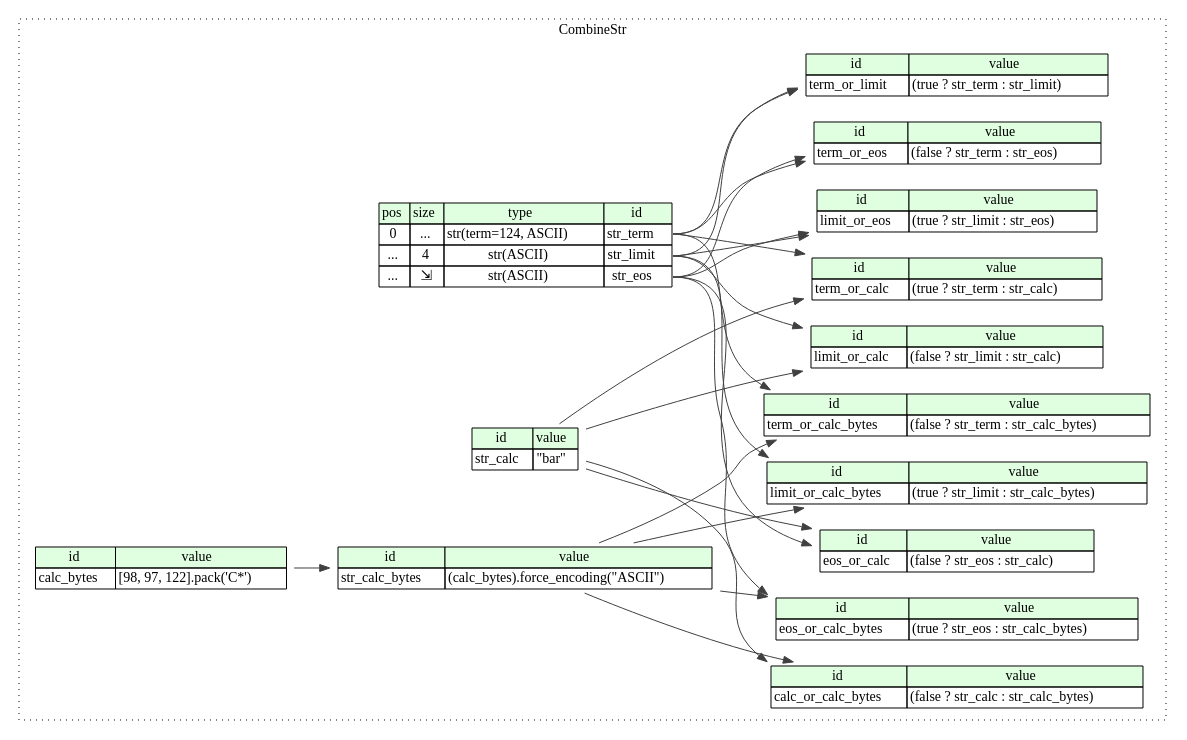
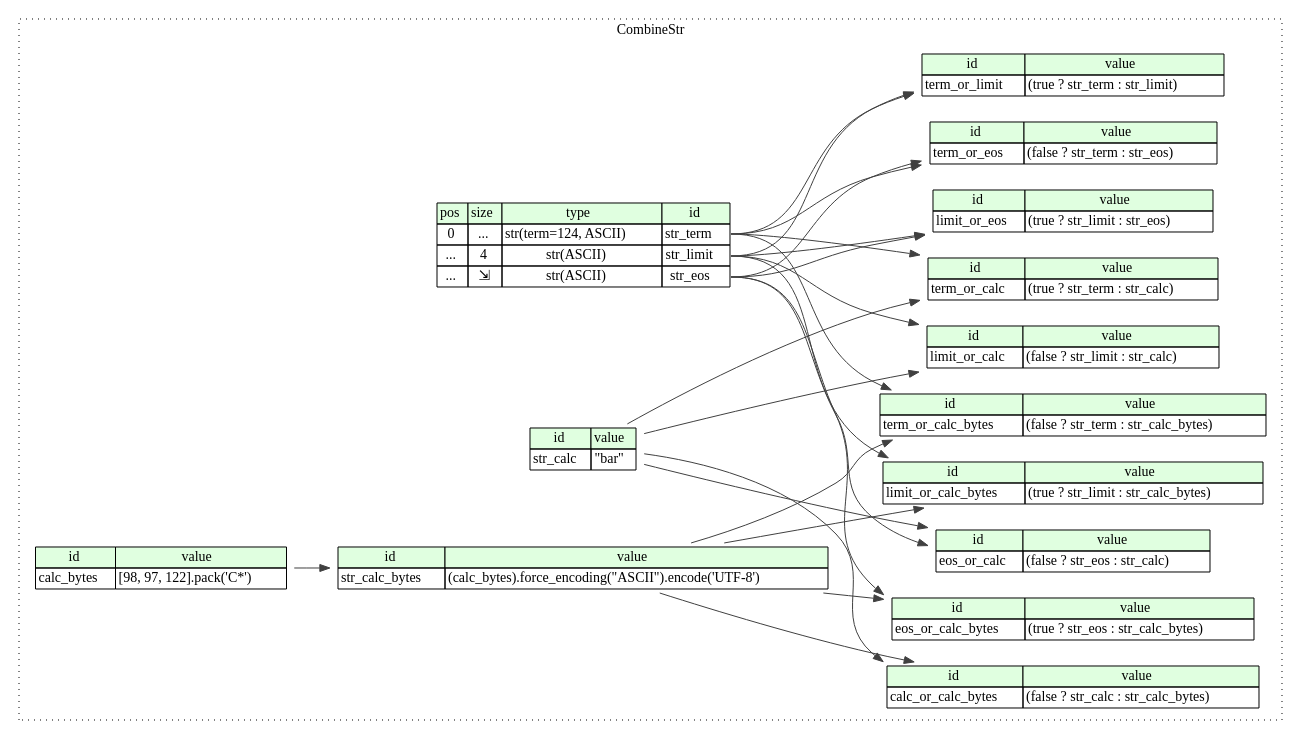
Before and after one commit to kaitai-io/ci_targets: the diagram in compiled/graphviz/combine_str.dot, drawn with Graphviz. The commit also changed 33 other files, not shown here.

```diff
--- a/compiled/graphviz/combine_str.dot
+++ b/compiled/graphviz/combine_str.dot
@@ -1,88 +1,88 @@
 digraph {
 	rankdir=LR;
 	node [shape=plaintext];
 	subgraph cluster__combine_str {
 		label="CombineStr";
 		graph[style=dotted];
 
 		combine_str__seq [label=<<TABLE BORDER="0" CELLBORDER="1" CELLSPACING="0">
 			<TR><TD BGCOLOR="#E0FFE0">pos</TD><TD BGCOLOR="#E0FFE0">size</TD><TD BGCOLOR="#E0FFE0">type</TD><TD BGCOLOR="#E0FFE0">id</TD></TR>
 			<TR><TD PORT="str_term_pos">0</TD><TD PORT="str_term_size">...</TD><TD>str(term=124, ASCII)</TD><TD PORT="str_term_type">str_term</TD></TR>
 			<TR><TD PORT="str_limit_pos">...</TD><TD PORT="str_limit_size">4</TD><TD>str(ASCII)</TD><TD PORT="str_limit_type">str_limit</TD></TR>
 			<TR><TD PORT="str_eos_pos">...</TD><TD PORT="str_eos_size">⇲</TD><TD>str(ASCII)</TD><TD PORT="str_eos_type">str_eos</TD></TR>
 		</TABLE>>];
 		combine_str__inst__limit_or_calc_bytes [label=<<TABLE BORDER="0" CELLBORDER="1" CELLSPACING="0">
 			<TR><TD BGCOLOR="#E0FFE0">id</TD><TD BGCOLOR="#E0FFE0">value</TD></TR>
 			<TR><TD>limit_or_calc_bytes</TD><TD>(true ? str_limit : str_calc_bytes)</TD></TR>
 		</TABLE>>];
 		combine_str__inst__limit_or_calc [label=<<TABLE BORDER="0" CELLBORDER="1" CELLSPACING="0">
 			<TR><TD BGCOLOR="#E0FFE0">id</TD><TD BGCOLOR="#E0FFE0">value</TD></TR>
 			<TR><TD>limit_or_calc</TD><TD>(false ? str_limit : str_calc)</TD></TR>
 		</TABLE>>];
 		combine_str__inst__term_or_limit [label=<<TABLE BORDER="0" CELLBORDER="1" CELLSPACING="0">
 			<TR><TD BGCOLOR="#E0FFE0">id</TD><TD BGCOLOR="#E0FFE0">value</TD></TR>
 			<TR><TD>term_or_limit</TD><TD>(true ? str_term : str_limit)</TD></TR>
 		</TABLE>>];
 		combine_str__inst__limit_or_eos [label=<<TABLE BORDER="0" CELLBORDER="1" CELLSPACING="0">
 			<TR><TD BGCOLOR="#E0FFE0">id</TD><TD BGCOLOR="#E0FFE0">value</TD></TR>
 			<TR><TD>limit_or_eos</TD><TD>(true ? str_limit : str_eos)</TD></TR>
 		</TABLE>>];
 		combine_str__inst__calc_or_calc_bytes [label=<<TABLE BORDER="0" CELLBORDER="1" CELLSPACING="0">
 			<TR><TD BGCOLOR="#E0FFE0">id</TD><TD BGCOLOR="#E0FFE0">value</TD></TR>
 			<TR><TD>calc_or_calc_bytes</TD><TD>(false ? str_calc : str_calc_bytes)</TD></TR>
 		</TABLE>>];
 		combine_str__inst__str_calc_bytes [label=<<TABLE BORDER="0" CELLBORDER="1" CELLSPACING="0">
 			<TR><TD BGCOLOR="#E0FFE0">id</TD><TD BGCOLOR="#E0FFE0">value</TD></TR>
-			<TR><TD>str_calc_bytes</TD><TD>(calc_bytes).force_encoding(&quot;ASCII&quot;)</TD></TR>
+			<TR><TD>str_calc_bytes</TD><TD>(calc_bytes).force_encoding(&quot;ASCII&quot;).encode('UTF-8')</TD></TR>
 		</TABLE>>];
 		combine_str__inst__eos_or_calc [label=<<TABLE BORDER="0" CELLBORDER="1" CELLSPACING="0">
 			<TR><TD BGCOLOR="#E0FFE0">id</TD><TD BGCOLOR="#E0FFE0">value</TD></TR>
 			<TR><TD>eos_or_calc</TD><TD>(false ? str_eos : str_calc)</TD></TR>
 		</TABLE>>];
 		combine_str__inst__term_or_calc [label=<<TABLE BORDER="0" CELLBORDER="1" CELLSPACING="0">
 			<TR><TD BGCOLOR="#E0FFE0">id</TD><TD BGCOLOR="#E0FFE0">value</TD></TR>
 			<TR><TD>term_or_calc</TD><TD>(true ? str_term : str_calc)</TD></TR>
 		</TABLE>>];
 		combine_str__inst__term_or_calc_bytes [label=<<TABLE BORDER="0" CELLBORDER="1" CELLSPACING="0">
 			<TR><TD BGCOLOR="#E0FFE0">id</TD><TD BGCOLOR="#E0FFE0">value</TD></TR>
 			<TR><TD>term_or_calc_bytes</TD><TD>(false ? str_term : str_calc_bytes)</TD></TR>
 		</TABLE>>];
 		combine_str__inst__term_or_eos [label=<<TABLE BORDER="0" CELLBORDER="1" CELLSPACING="0">
 			<TR><TD BGCOLOR="#E0FFE0">id</TD><TD BGCOLOR="#E0FFE0">value</TD></TR>
 			<TR><TD>term_or_eos</TD><TD>(false ? str_term : str_eos)</TD></TR>
 		</TABLE>>];
 		combine_str__inst__str_calc [label=<<TABLE BORDER="0" CELLBORDER="1" CELLSPACING="0">
 			<TR><TD BGCOLOR="#E0FFE0">id</TD><TD BGCOLOR="#E0FFE0">value</TD></TR>
 			<TR><TD>str_calc</TD><TD>&quot;bar&quot;</TD></TR>
 		</TABLE>>];
 		combine_str__inst__eos_or_calc_bytes [label=<<TABLE BORDER="0" CELLBORDER="1" CELLSPACING="0">
 			<TR><TD BGCOLOR="#E0FFE0">id</TD><TD BGCOLOR="#E0FFE0">value</TD></TR>
 			<TR><TD>eos_or_calc_bytes</TD><TD>(true ? str_eos : str_calc_bytes)</TD></TR>
 		</TABLE>>];
 		combine_str__inst__calc_bytes [label=<<TABLE BORDER="0" CELLBORDER="1" CELLSPACING="0">
 			<TR><TD BGCOLOR="#E0FFE0">id</TD><TD BGCOLOR="#E0FFE0">value</TD></TR>
 			<TR><TD>calc_bytes</TD><TD>[98, 97, 122].pack('C*')</TD></TR>
 		</TABLE>>];
 	}
 	combine_str__seq:str_limit_type -> combine_str__inst__limit_or_calc_bytes [color="#404040"];
 	combine_str__inst__str_calc_bytes:str_calc_bytes_type -> combine_str__inst__limit_or_calc_bytes [color="#404040"];
 	combine_str__seq:str_limit_type -> combine_str__inst__limit_or_calc [color="#404040"];
 	combine_str__inst__str_calc:str_calc_type -> combine_str__inst__limit_or_calc [color="#404040"];
 	combine_str__seq:str_term_type -> combine_str__inst__term_or_limit [color="#404040"];
 	combine_str__seq:str_limit_type -> combine_str__inst__term_or_limit [color="#404040"];
 	combine_str__seq:str_limit_type -> combine_str__inst__limit_or_eos [color="#404040"];
 	combine_str__seq:str_eos_type -> combine_str__inst__limit_or_eos [color="#404040"];
 	combine_str__inst__str_calc:str_calc_type -> combine_str__inst__calc_or_calc_bytes [color="#404040"];
 	combine_str__inst__str_calc_bytes:str_calc_bytes_type -> combine_str__inst__calc_or_calc_bytes [color="#404040"];
 	combine_str__inst__calc_bytes:calc_bytes_type -> combine_str__inst__str_calc_bytes [color="#404040"];
 	combine_str__seq:str_eos_type -> combine_str__inst__eos_or_calc [color="#404040"];
 	combine_str__inst__str_calc:str_calc_type -> combine_str__inst__eos_or_calc [color="#404040"];
 	combine_str__seq:str_term_type -> combine_str__inst__term_or_calc [color="#404040"];
 	combine_str__inst__str_calc:str_calc_type -> combine_str__inst__term_or_calc [color="#404040"];
 	combine_str__seq:str_term_type -> combine_str__inst__term_or_calc_bytes [color="#404040"];
 	combine_str__inst__str_calc_bytes:str_calc_bytes_type -> combine_str__inst__term_or_calc_bytes [color="#404040"];
 	combine_str__seq:str_term_type -> combine_str__inst__term_or_eos [color="#404040"];
 	combine_str__seq:str_eos_type -> combine_str__inst__term_or_eos [color="#404040"];
 	combine_str__seq:str_eos_type -> combine_str__inst__eos_or_calc_bytes [color="#404040"];
 	combine_str__inst__str_calc_bytes:str_calc_bytes_type -> combine_str__inst__eos_or_calc_bytes [color="#404040"];
 }
```
